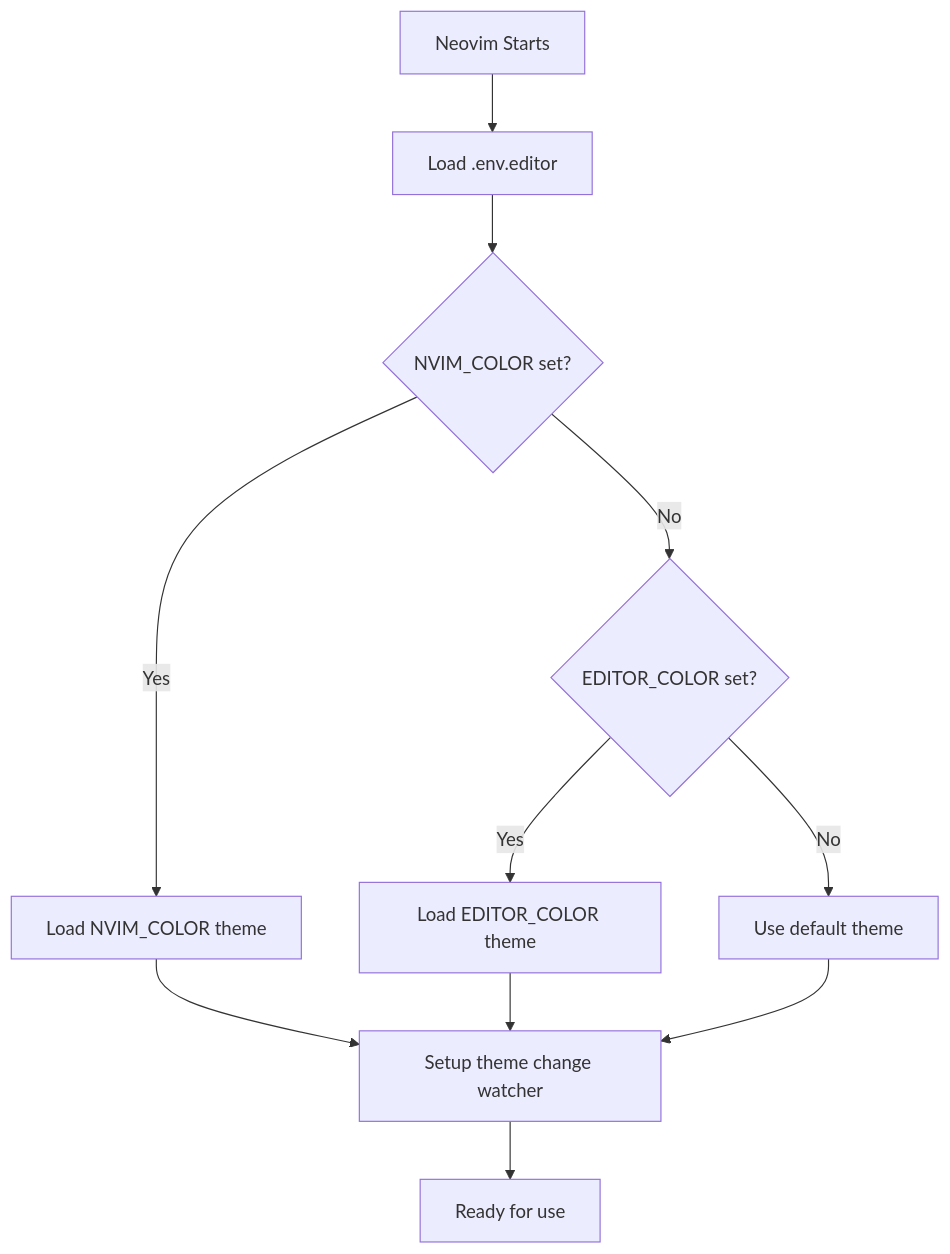
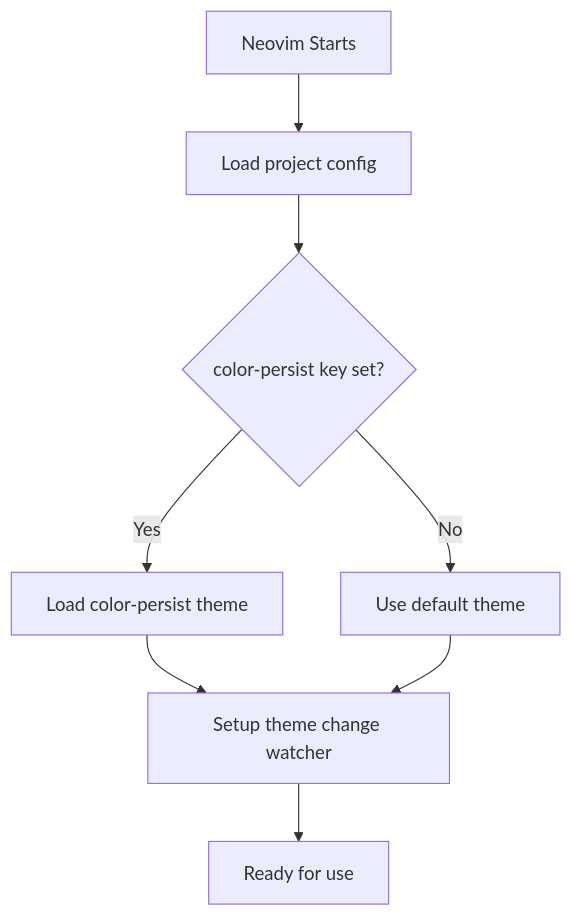
One commit to rektide/color-persist-nvim changed the first of 2 diagrams in nvim/README.md. Above: the diagram before and after it, drawn with Mermaid. The commit also changed other lines of this file and 8 other files, not shown here.

````diff
--- a/nvim/README.md
+++ b/nvim/README.md
@@ -65,13 +62,10 @@
 ```mermaid
 flowchart TD
-    NeovimStarts[Neovim Starts] --> LoadEnvFile[Load .env.editor]
-    LoadEnvFile --> NVIMColorSet{NVIM_COLOR set?}
-    NVIMColorSet -->|Yes| LoadNvimTheme[Load NVIM_COLOR theme]
-    NVIMColorSet -->|No| EditorColorSet{EDITOR_COLOR set?}
-    EditorColorSet -->|Yes| LoadEditorTheme[Load EDITOR_COLOR theme]
-    EditorColorSet -->|No| UseDefaultTheme[Use default theme]
-    LoadNvimTheme --> SetupWatcher[Setup theme change watcher]
-    LoadEditorTheme --> SetupWatcher
+    NeovimStarts[Neovim Starts] --> LoadProjectConfig[Load project config]
+    LoadProjectConfig --> ThemeSet{color-persist key set?}
+    ThemeSet -->|Yes| LoadTheme[Load color-persist theme]
+    ThemeSet -->|No| UseDefaultTheme[Use default theme]
+    LoadTheme --> SetupWatcher[Setup theme change watcher]
     UseDefaultTheme --> SetupWatcher
     SetupWatcher --> Ready[Ready for use]
 ```
````
